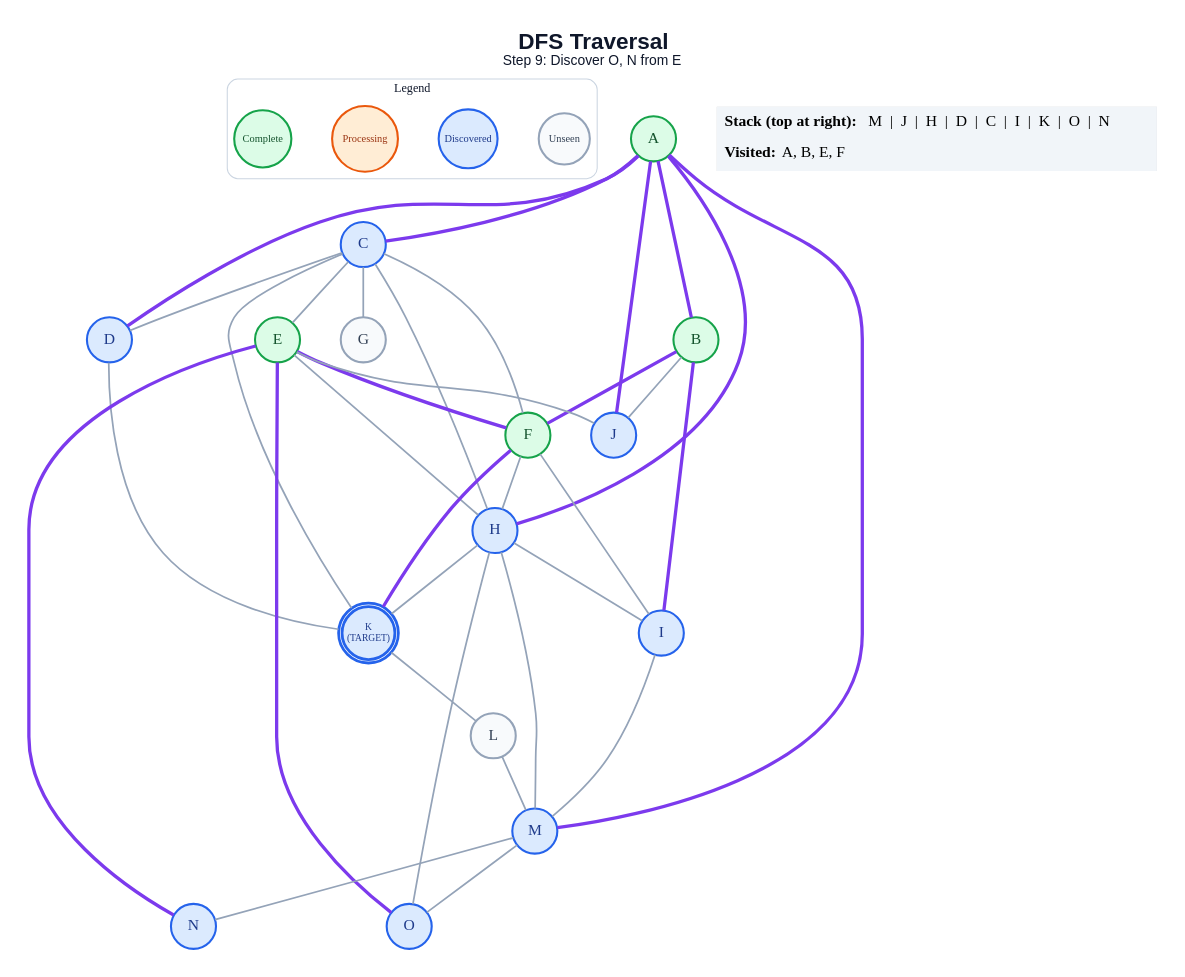
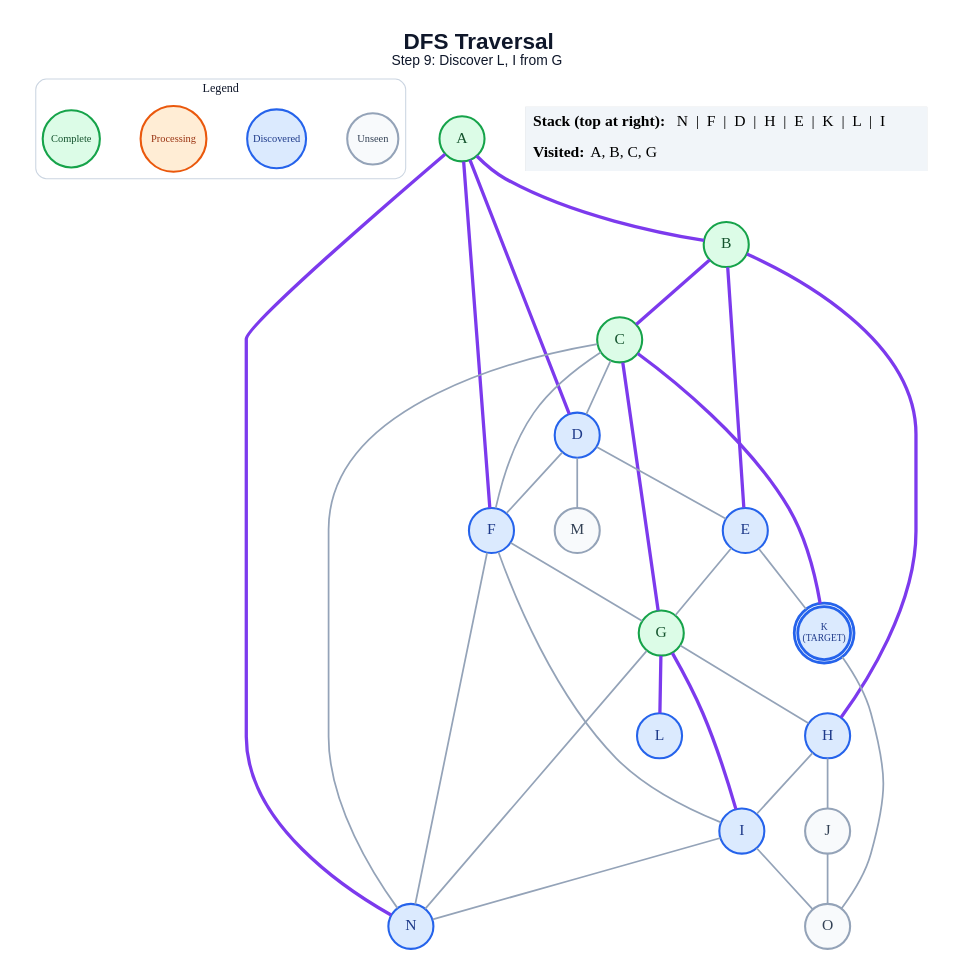
One commit to anon7238593-create/ai-slop changed the diagram in generated/dfs/step_09.dot. Above: the diagram before and after it, drawn with Graphviz. The commit also changed 240 other files, not shown here.

```diff
--- a/generated/dfs/step_09.dot
+++ b/generated/dfs/step_09.dot
@@ -1,67 +1,64 @@
 graph traversal {
   graph [layout=dot, rankdir=TB, bgcolor="#FFFFFF", pad="0.35", nodesep="0.65", ranksep="0.8", fontname="Arial"];
   node [shape=circle, style="filled", fontname="Arial Bold", fontsize=18, width=0.72, fixedsize=true, penwidth=2.4];
   edge [color="#94A3B8", penwidth=2.0];
-  label=<<B>DFS Traversal</B><BR/><FONT POINT-SIZE="16">Step 9: Discover O, N from E</FONT>>; labelloc="t"; fontsize=26; fontname="Arial"; fontcolor="#0F172A";
+  label=<<B>DFS Traversal</B><BR/><FONT POINT-SIZE="16">Step 9: Discover L, I from G</FONT>>; labelloc="t"; fontsize=26; fontname="Arial"; fontcolor="#0F172A";
   subgraph cluster_legend { label="Legend"; color="#CBD5E1"; penwidth=1.2; style="rounded"; fontsize=14; fontname="Arial Bold";
     key_unseen [label="Unseen", fillcolor="#F8FAFC", color="#94A3B8", fontcolor="#334155", fontsize=12, width=0.82];
     key_frontier [label="Discovered", fillcolor="#DBEAFE", color="#2563EB", fontcolor="#1E3A8A", fontsize=12, width=0.95];
     key_current [label="Processing", fillcolor="#FFEDD5", color="#EA580C", fontcolor="#9A3412", fontsize=12, width=1.05];
     key_done [label="Complete", fillcolor="#DCFCE7", color="#16A34A", fontcolor="#14532D", fontsize=12, width=0.92];
     { rank=same; key_unseen; key_frontier; key_current; key_done; }
   }
   A [label="A", fillcolor="#DCFCE7", color="#16A34A", fontcolor="#14532D", peripheries=1, penwidth=2.4];
   B [label="B", fillcolor="#DCFCE7", color="#16A34A", fontcolor="#14532D", peripheries=1, penwidth=2.4];
-  C [label="C", fillcolor="#DBEAFE", color="#2563EB", fontcolor="#1E3A8A", peripheries=1, penwidth=2.4];
+  C [label="C", fillcolor="#DCFCE7", color="#16A34A", fontcolor="#14532D", peripheries=1, penwidth=2.4];
   D [label="D", fillcolor="#DBEAFE", color="#2563EB", fontcolor="#1E3A8A", peripheries=1, penwidth=2.4];
-  E [label="E", fillcolor="#DCFCE7", color="#16A34A", fontcolor="#14532D", peripheries=1, penwidth=2.4];
-  F [label="F", fillcolor="#DCFCE7", color="#16A34A", fontcolor="#14532D", peripheries=1, penwidth=2.4];
-  G [label="G", fillcolor="#F8FAFC", color="#94A3B8", fontcolor="#334155", peripheries=1, penwidth=2.4];
+  E [label="E", fillcolor="#DBEAFE", color="#2563EB", fontcolor="#1E3A8A", peripheries=1, penwidth=2.4];
+  F [label="F", fillcolor="#DBEAFE", color="#2563EB", fontcolor="#1E3A8A", peripheries=1, penwidth=2.4];
+  G [label="G", fillcolor="#DCFCE7", color="#16A34A", fontcolor="#14532D", peripheries=1, penwidth=2.4];
   H [label="H", fillcolor="#DBEAFE", color="#2563EB", fontcolor="#1E3A8A", peripheries=1, penwidth=2.4];
   I [label="I", fillcolor="#DBEAFE", color="#2563EB", fontcolor="#1E3A8A", peripheries=1, penwidth=2.4];
-  J [label="J", fillcolor="#DBEAFE", color="#2563EB", fontcolor="#1E3A8A", peripheries=1, penwidth=2.4];
+  J [label="J", fillcolor="#F8FAFC", color="#94A3B8", fontcolor="#334155", peripheries=1, penwidth=2.4];
   K [label="K\n(TARGET)", fillcolor="#DBEAFE", color="#2563EB", fontcolor="#1E3A8A", peripheries=2, penwidth=3.2, fontsize=11, width=0.85, height=0.85];
-  L [label="L", fillcolor="#F8FAFC", color="#94A3B8", fontcolor="#334155", peripheries=1, penwidth=2.4];
-  M [label="M", fillcolor="#DBEAFE", color="#2563EB", fontcolor="#1E3A8A", peripheries=1, penwidth=2.4];
+  L [label="L", fillcolor="#DBEAFE", color="#2563EB", fontcolor="#1E3A8A", peripheries=1, penwidth=2.4];
+  M [label="M", fillcolor="#F8FAFC", color="#94A3B8", fontcolor="#334155", peripheries=1, penwidth=2.4];
   N [label="N", fillcolor="#DBEAFE", color="#2563EB", fontcolor="#1E3A8A", peripheries=1, penwidth=2.4];
-  O [label="O", fillcolor="#DBEAFE", color="#2563EB", fontcolor="#1E3A8A", peripheries=1, penwidth=2.4];
+  O [label="O", fillcolor="#F8FAFC", color="#94A3B8", fontcolor="#334155", peripheries=1, penwidth=2.4];
   A -- B [color="#7C3AED", penwidth=3.8];
-  A -- C [color="#7C3AED", penwidth=3.8];
   A -- D [color="#7C3AED", penwidth=3.8];
-  A -- H [color="#7C3AED", penwidth=3.8];
-  A -- J [color="#7C3AED", penwidth=3.8];
-  A -- M [color="#7C3AED", penwidth=3.8];
-  B -- F [color="#7C3AED", penwidth=3.8];
-  B -- I [color="#7C3AED", penwidth=3.8];
-  B -- J;
+  A -- F [color="#7C3AED", penwidth=3.8];
+  A -- N [color="#7C3AED", penwidth=3.8];
+  B -- C [color="#7C3AED", penwidth=3.8];
+  B -- E [color="#7C3AED", penwidth=3.8];
+  B -- H [color="#7C3AED", penwidth=3.8];
   C -- D;
-  C -- E;
   C -- F;
-  C -- G;
-  C -- H;
-  C -- K;
-  D -- K;
-  E -- F [color="#7C3AED", penwidth=3.8];
-  E -- H;
-  E -- J;
-  E -- N [color="#7C3AED", penwidth=3.8];
-  E -- O [color="#7C3AED", penwidth=3.8];
-  F -- H;
+  C -- G [color="#7C3AED", penwidth=3.8];
+  C -- K [color="#7C3AED", penwidth=3.8];
+  C -- N;
+  D -- E;
+  D -- F;
+  D -- M;
+  E -- G;
+  E -- K;
+  F -- G;
   F -- I;
-  F -- K [color="#7C3AED", penwidth=3.8];
+  F -- N;
+  G -- H;
+  G -- I [color="#7C3AED", penwidth=3.8];
+  G -- L [color="#7C3AED", penwidth=3.8];
+  G -- N;
   H -- I;
-  H -- K;
-  H -- M;
-  H -- O;
-  I -- M;
-  K -- L;
-  L -- M;
-  M -- N;
-  M -- O;
+  H -- J;
+  I -- N;
+  I -- O;
+  J -- O;
+  K -- O;
   status [shape=plain, fixedsize=false, width=0, height=0, margin=0, label=<
     <TABLE BORDER="0" CELLBORDER="0" CELLPADDING="7" BGCOLOR="#F1F5F9">
-      <TR><TD ALIGN="LEFT"><B>Stack (top at right):</B> M  |  J  |  H  |  D  |  C  |  I  |  K  |  O  |  N</TD></TR>
-      <TR><TD ALIGN="LEFT"><B>Visited:</B> A, B, E, F</TD></TR>
+      <TR><TD ALIGN="LEFT"><B>Stack (top at right):</B> N  |  F  |  D  |  H  |  E  |  K  |  L  |  I</TD></TR>
+      <TR><TD ALIGN="LEFT"><B>Visited:</B> A, B, C, G</TD></TR>
     </TABLE>
   >];
 }
```
